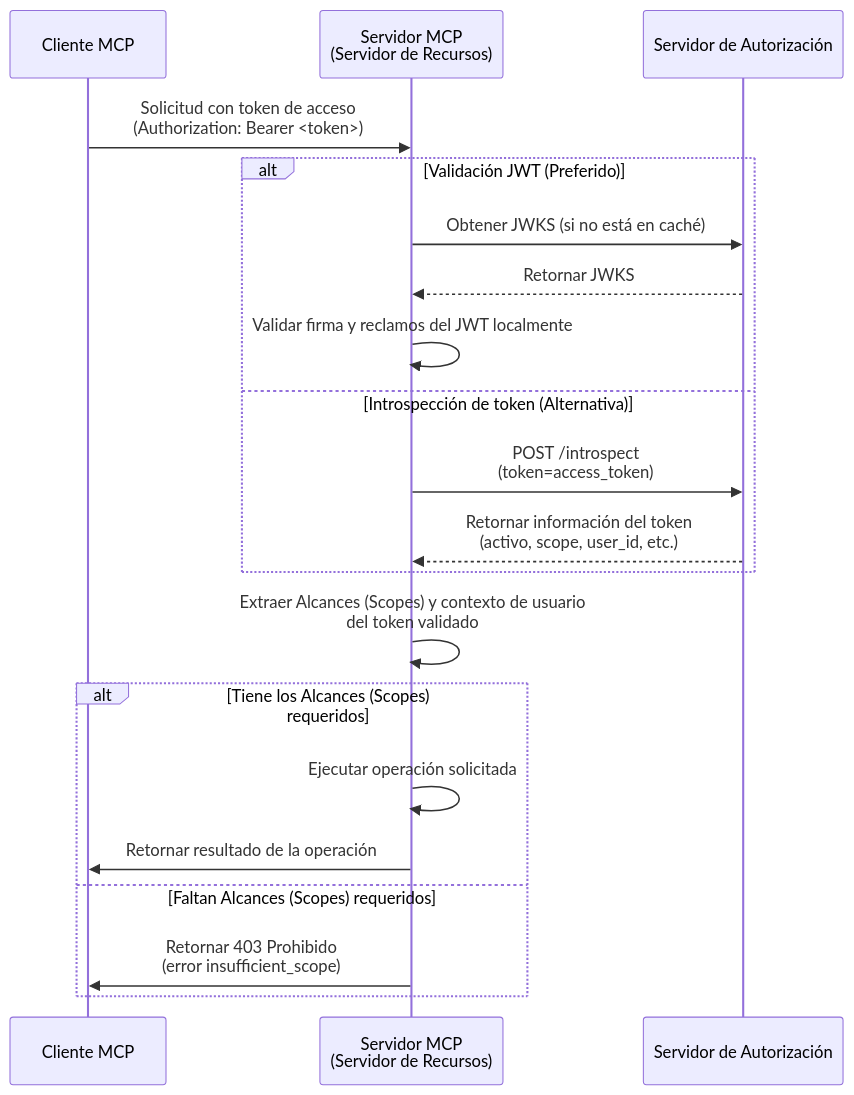
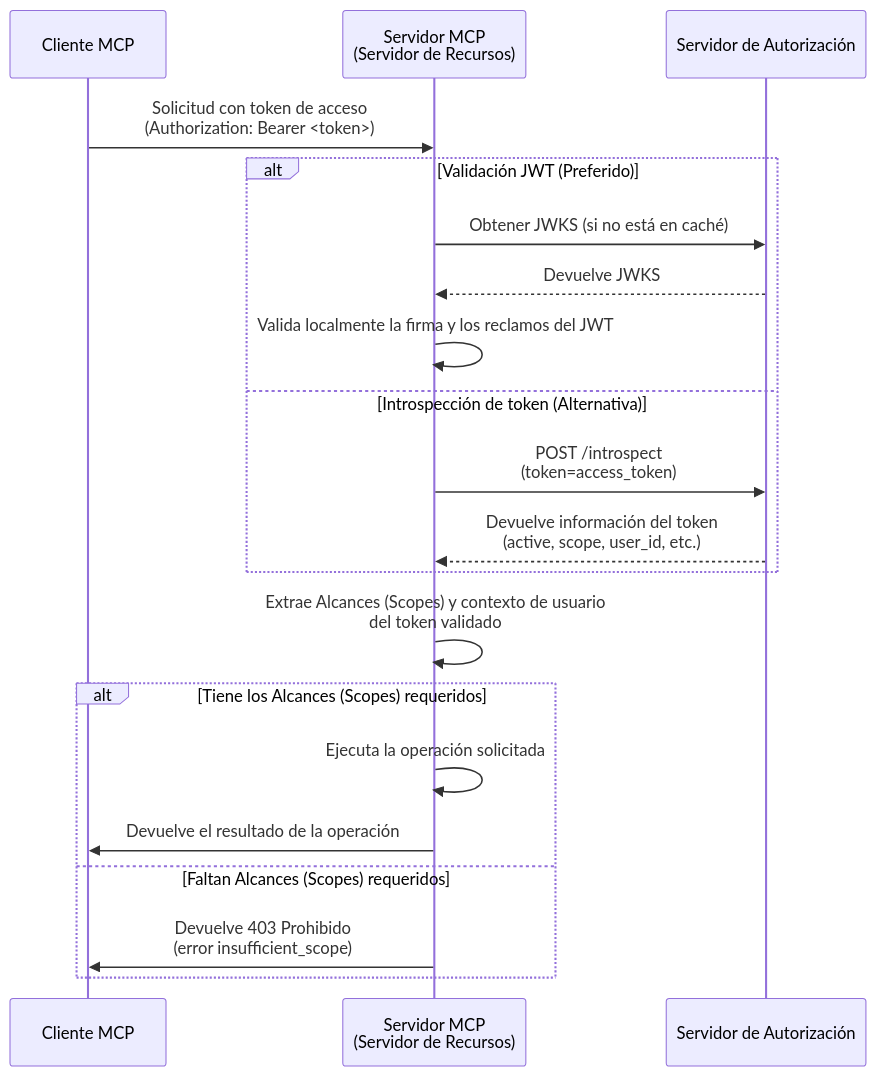
One commit to mcp-auth/docs changed the second of 2 diagrams in i18n/es/docusaurus-plugin-content-docs/current/tutorials/todo-manager/README.mdx. Above: the diagram before and after it, drawn with Mermaid. The commit also changed other lines of this file and 18 other files, not shown here.

````diff
--- a/i18n/es/docusaurus-plugin-content-docs/current/tutorials/todo-manager/README.mdx
+++ b/i18n/es/docusaurus-plugin-content-docs/current/tutorials/todo-manager/README.mdx
@@ -135,26 +137,26 @@
 ```mermaid
 sequenceDiagram
     participant Client as Cliente MCP
     participant Server as Servidor MCP<br/>(Servidor de Recursos)
     participant Auth as Servidor de Autorización
 
     Client->>Server: Solicitud con token de acceso<br/>(Authorization: Bearer <token>)
 
     alt Validación JWT (Preferido)
         Server->>Auth: Obtener JWKS (si no está en caché)
-        Auth-->>Server: Retornar JWKS
-        Server->>Server: Validar firma y reclamos del JWT localmente
+        Auth-->>Server: Devuelve JWKS
+        Server->>Server: Valida localmente la firma y los reclamos del JWT
     else Introspección de token (Alternativa)
         Server->>Auth: POST /introspect<br/>(token=access_token)
-        Auth-->>Server: Retornar información del token<br/>(activo, scope, user_id, etc.)
+        Auth-->>Server: Devuelve información del token<br/>(active, scope, user_id, etc.)
     end
 
-    Server->>Server: Extraer Alcances (Scopes) y contexto de usuario<br/>del token validado
+    Server->>Server: Extrae Alcances (Scopes) y contexto de usuario<br/>del token validado
 
     alt Tiene los Alcances (Scopes) requeridos
-        Server->>Server: Ejecutar operación solicitada
-        Server->>Client: Retornar resultado de la operación
+        Server->>Server: Ejecuta la operación solicitada
+        Server->>Client: Devuelve el resultado de la operación
     else Faltan Alcances (Scopes) requeridos
-        Server->>Client: Retornar 403 Prohibido<br/>(error insufficient_scope)
+        Server->>Client: Devuelve 403 Prohibido<br/>(error insufficient_scope)
     end
 ```
````
